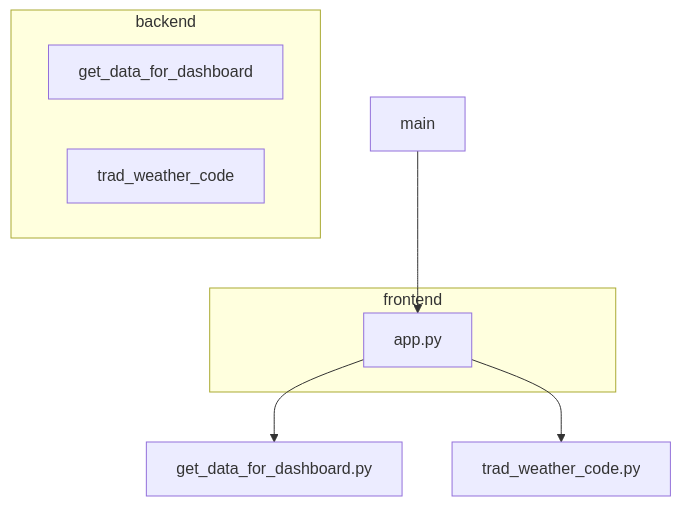
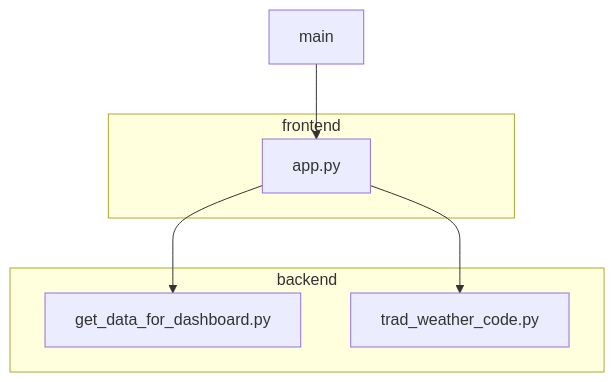
Before and after one commit to Ehoky/Dashboard-Python-Meteo: the diagram in README.md, drawn with Mermaid.

````diff
--- a/README.md
+++ b/README.md
@@ -52,16 +52,16 @@
 ```mermaid 
 
     graph TD
     main-->app.py;
     app.py-->get_data_for_dashboard.py;
     app.py-->trad_weather_code.py
 
     subgraph frontend
         app.py
     end
 
     subgraph backend
-        get_data_for_dashboard
-        trad_weather_code
+        get_data_for_dashboard.py
+        trad_weather_code.py
     end
 ```
````
